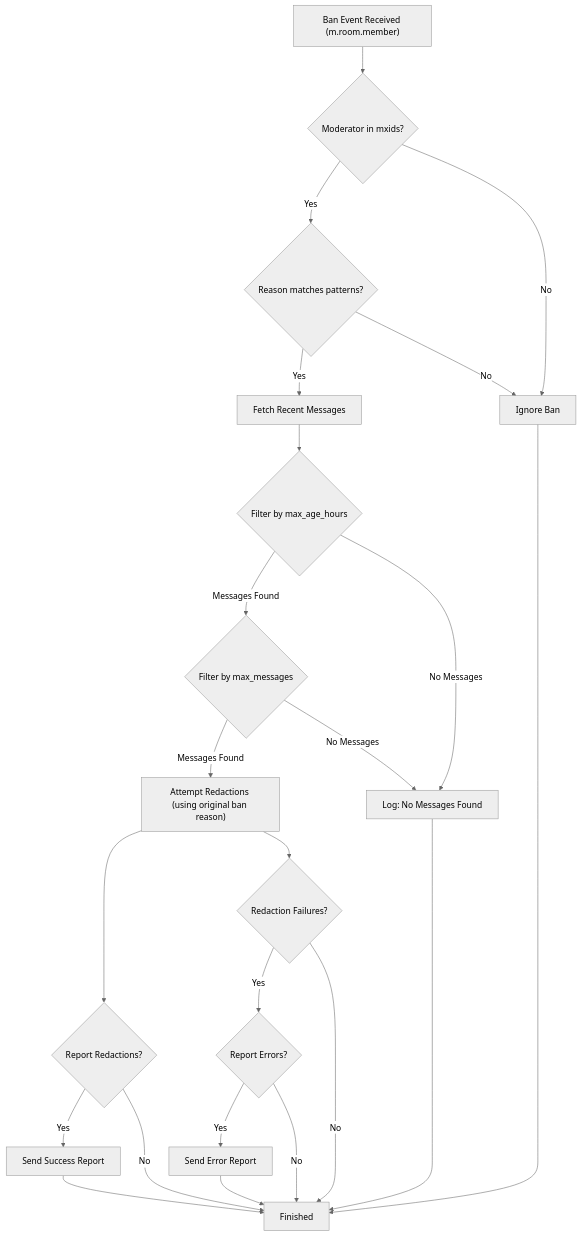
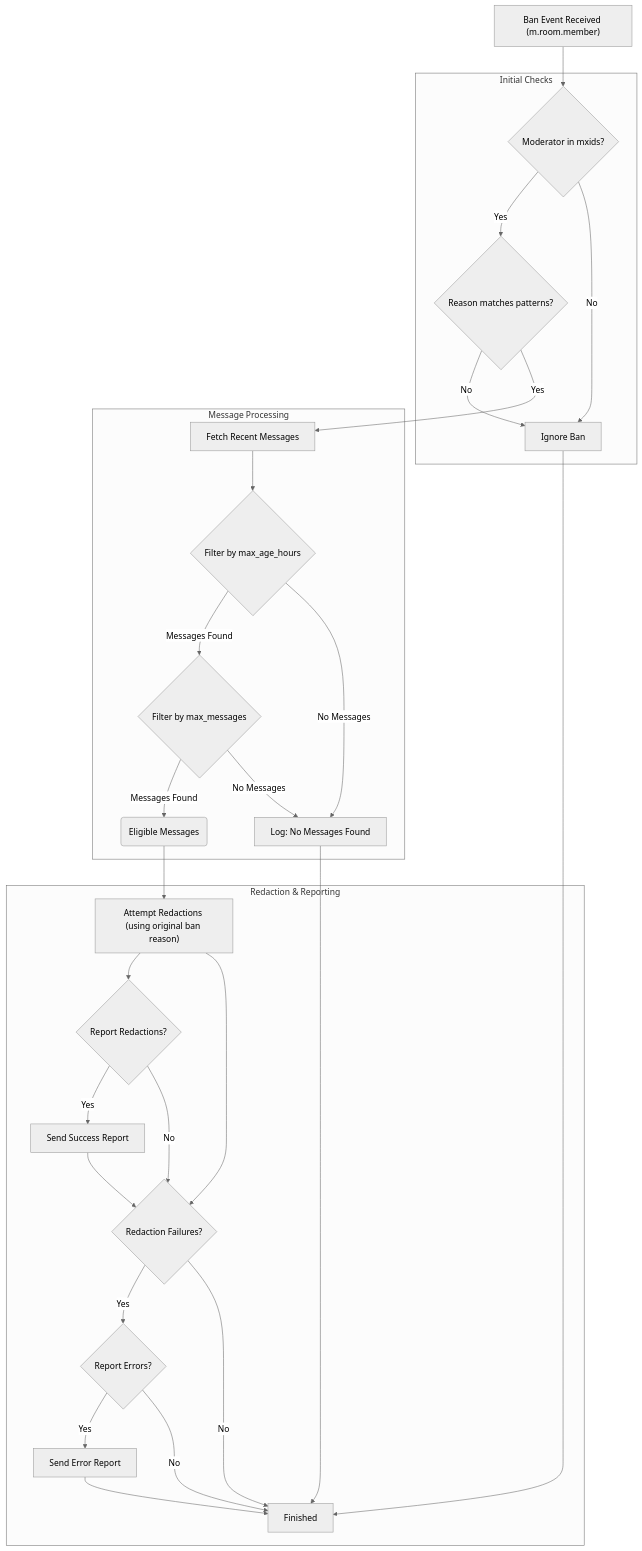
Before and after one commit to tcpipuk/maubot-redactor: the diagram in README.md, drawn with Mermaid (neutral theme).

Commit message:
Test flowchart

````diff
--- a/README.md
+++ b/README.md
@@ -97,25 +97,40 @@
 ```mermaid
 graph TD
-    A["Ban Event Received (m.room.member)"] --> B{Moderator in mxids?};
-    B -- Yes --> C{Reason matches patterns?};
-    B -- No --> Z[Ignore Ban];
-    C -- Yes --> D[Fetch Recent Messages];
-    C -- No --> Z;
-    D --> E{Filter by max_age_hours};
-    E -- Messages Found --> F{Filter by max_messages};
-    E -- No Messages --> Y[Log: No Messages Found];
-    F -- Messages Found --> G["Attempt Redactions (using original ban reason)"];
-    F -- No Messages --> Y;
-    G --> H{Report Redactions?};
-    H -- Yes --> I[Send Success Report];
-    H -- No --> J[Finished];
-    I --> J;
-    G --> K{Redaction Failures?};
-    K -- Yes --> L{Report Errors?};
-    K -- No --> J;
-    L -- Yes --> M[Send Error Report];
-    L -- No --> J;
-    M --> J;
+    A["Ban Event Received (m.room.member)"] --> CheckModerator{Moderator in mxids?};
+
+    subgraph Initial Checks
+        CheckModerator -- Yes --> CheckReason{Reason matches patterns?};
+        CheckModerator -- No --> Z[Ignore Ban];
+        CheckReason -- No --> Z;
+    end
+
+    CheckReason -- Yes --> FetchMessages["Fetch Recent Messages"];
+
+    subgraph Message Processing
+        FetchMessages --> FilterAge{Filter by max_age_hours};
+        FilterAge -- Messages Found --> FilterCount{Filter by max_messages};
+        FilterAge -- No Messages --> Y[Log: No Messages Found];
+        FilterCount -- Messages Found --> ProcessedMessages(Eligible Messages);
+        FilterCount -- No Messages --> Y;
+    end
+
+    ProcessedMessages --> AttemptRedactions["Attempt Redactions (using original ban reason)"];
+
+    subgraph Redaction & Reporting
+        AttemptRedactions --> ReportRedactions{Report Redactions?};
+        ReportRedactions -- Yes --> SendSuccess[Send Success Report];
+        ReportRedactions -- No --> CheckFailures;
+        SendSuccess --> CheckFailures;
+
+        AttemptRedactions --> CheckFailures{Redaction Failures?};
+        CheckFailures -- Yes --> ReportErrors{Report Errors?};
+        CheckFailures -- No --> J[Finished];
+
+        ReportErrors -- Yes --> SendError[Send Error Report];
+        ReportErrors -- No --> J;
+        SendError --> J;
+    end
+
     Y --> J;
     Z --> J;
 ```
````
